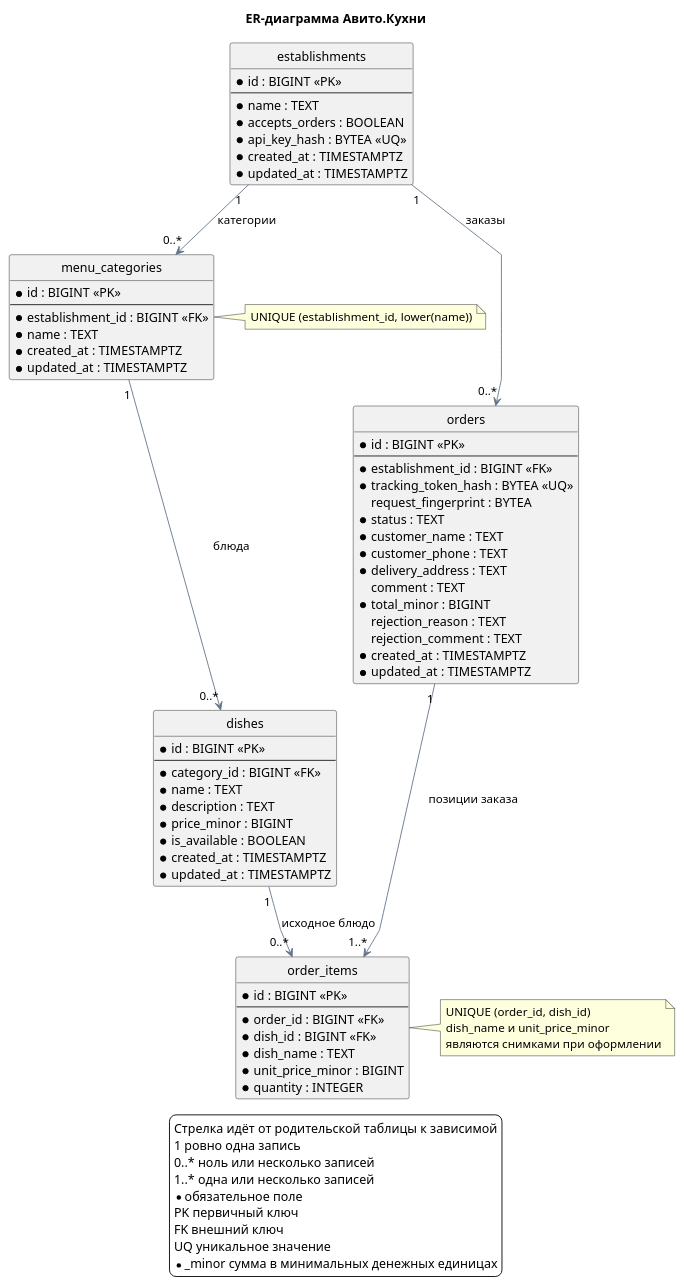
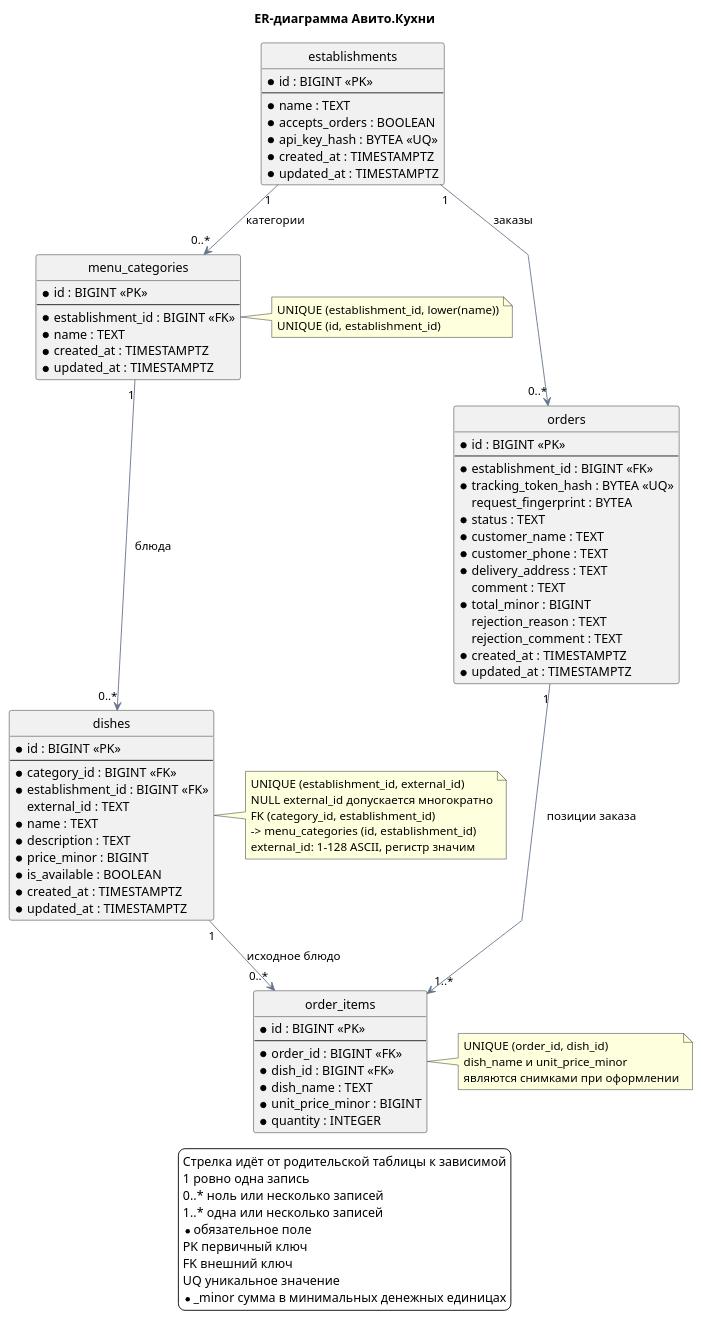
One commit to DevDashkovsky/kitchen-avito changed the diagram in docs/diagrams/database-erd.puml. Above: the diagram before and after it, drawn with PlantUML. The commit also changed 25 other files, not shown here.

Commit message:
feat(menu): support restaurant external dish identifiers

```diff
--- a/docs/diagrams/database-erd.puml
+++ b/docs/diagrams/database-erd.puml
@@ -1,105 +1,116 @@
 @startuml
 title ER-диаграмма Авито.Кухни
 
 top to bottom direction
 hide methods
 hide stereotypes
 hide circle
 
 skinparam backgroundColor #FFFFFF
 skinparam linetype polyline
 skinparam entity {
   BackgroundColor #F8FAFC
   BorderColor #475569
   FontColor #1F2937
 }
 skinparam ArrowColor #64748B
 
 entity "establishments" as establishments {
   * id : BIGINT <<PK>>
   --
   * name : TEXT
   * accepts_orders : BOOLEAN
   * api_key_hash : BYTEA <<UQ>>
   * created_at : TIMESTAMPTZ
   * updated_at : TIMESTAMPTZ
 }
 
 entity "menu_categories" as menu_categories {
   * id : BIGINT <<PK>>
   --
   * establishment_id : BIGINT <<FK>>
   * name : TEXT
   * created_at : TIMESTAMPTZ
   * updated_at : TIMESTAMPTZ
 }
 
 entity "dishes" as dishes {
   * id : BIGINT <<PK>>
   --
   * category_id : BIGINT <<FK>>
+  * establishment_id : BIGINT <<FK>>
+  external_id : TEXT
   * name : TEXT
   * description : TEXT
   * price_minor : BIGINT
   * is_available : BOOLEAN
   * created_at : TIMESTAMPTZ
   * updated_at : TIMESTAMPTZ
 }
 
 entity "orders" as orders {
   * id : BIGINT <<PK>>
   --
   * establishment_id : BIGINT <<FK>>
   * tracking_token_hash : BYTEA <<UQ>>
   request_fingerprint : BYTEA
   * status : TEXT
   * customer_name : TEXT
   * customer_phone : TEXT
   * delivery_address : TEXT
   comment : TEXT
   * total_minor : BIGINT
   rejection_reason : TEXT
   rejection_comment : TEXT
   * created_at : TIMESTAMPTZ
   * updated_at : TIMESTAMPTZ
 }
 
 entity "order_items" as order_items {
   * id : BIGINT <<PK>>
   --
   * order_id : BIGINT <<FK>>
   * dish_id : BIGINT <<FK>>
   * dish_name : TEXT
   * unit_price_minor : BIGINT
   * quantity : INTEGER
 }
 
 establishments "1" --> "0..*" menu_categories : категории
 establishments "1" --> "0..*" orders : заказы
 menu_categories "1" --> "0..*" dishes : блюда
 orders "1" --> "1..*" order_items : позиции заказа
 dishes "1" --> "0..*" order_items : исходное блюдо
 
 note right of menu_categories
   UNIQUE (establishment_id, lower(name))
+  UNIQUE (id, establishment_id)
+end note
+
+note left of dishes
+  UNIQUE (establishment_id, external_id)
+  NULL external_id допускается многократно
+  FK (category_id, establishment_id)
+  -> menu_categories (id, establishment_id)
+  external_id: 1–128 ASCII, регистр значим
 end note
 
 note right of order_items
   UNIQUE (order_id, dish_id)
   dish_name и unit_price_minor
   являются снимками при оформлении
 end note
 
 legend bottom
   Стрелка идёт от родительской таблицы к зависимой
   1 ровно одна запись
   0..* ноль или несколько записей
   1..* одна или несколько записей
   * обязательное поле
   PK первичный ключ
   FK внешний ключ
   UQ уникальное значение
   *_minor сумма в минимальных денежных единицах
 endlegend
 
 @enduml
```
